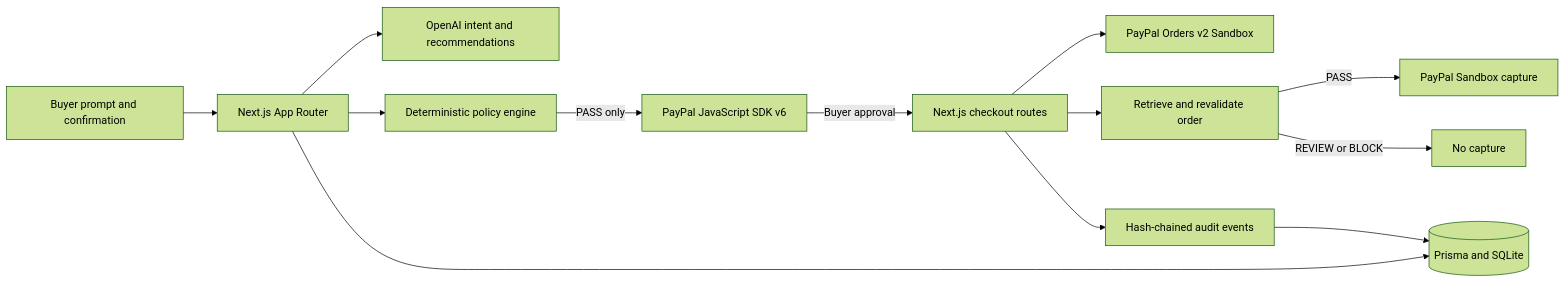
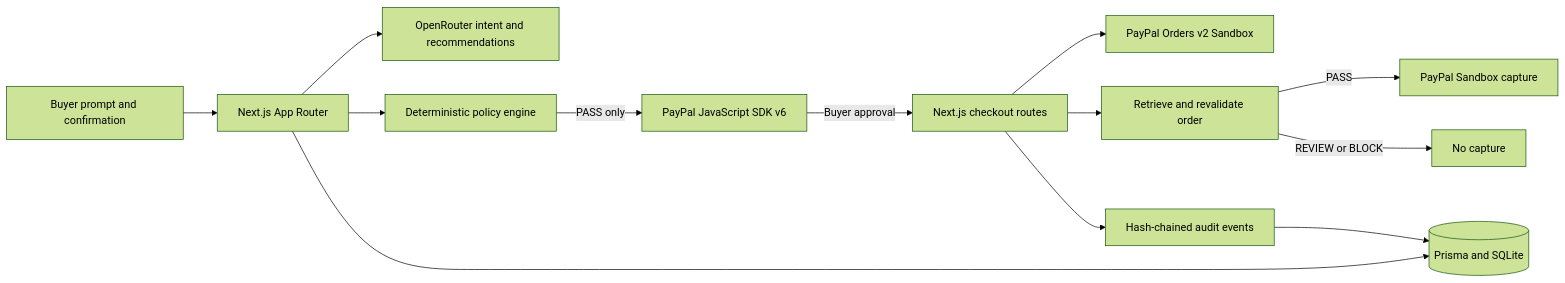
Before and after one commit to SG2407/Paypal_Hackathon_Interlock: the diagram in README.md, drawn with Mermaid (forest theme). The commit also changed other lines of this file and 8 other files, not shown here.

Commit message:
feat: route AI requests through OpenRouter

````diff
--- a/README.md
+++ b/README.md
@@ -22,15 +22,15 @@
 ```mermaid
 flowchart LR
   Buyer[Buyer prompt and confirmation] --> App[Next.js App Router]
-  App --> AI[OpenAI intent and recommendations]
+  App --> AI[OpenRouter intent and recommendations]
   App --> Policy[Deterministic policy engine]
   Policy -->|PASS only| SDK[PayPal JavaScript SDK v6]
   SDK -->|Buyer approval| API[Next.js checkout routes]
   API --> Orders[PayPal Orders v2 Sandbox]
   API --> Verify[Retrieve and revalidate order]
   Verify -->|PASS| Capture[PayPal Sandbox capture]
   Verify -->|REVIEW or BLOCK| Stop[No capture]
   App --> DB[(Prisma and SQLite)]
   API --> Audit[Hash-chained audit events]
   Audit --> DB
 ```
````
